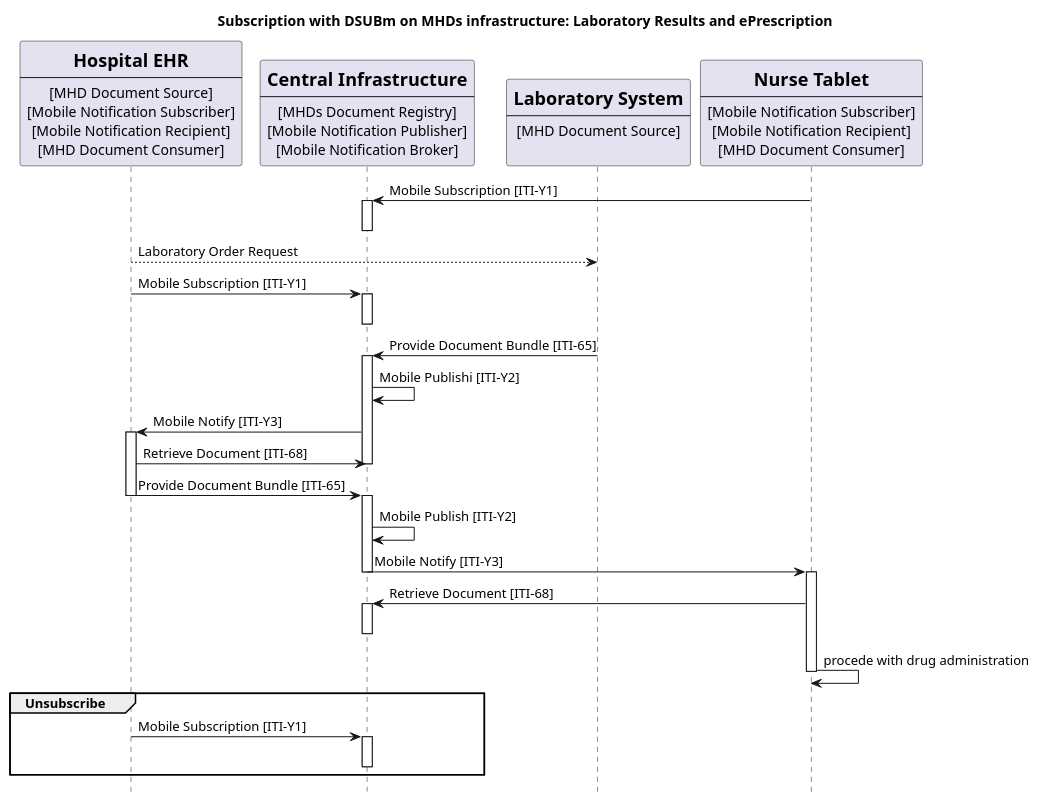
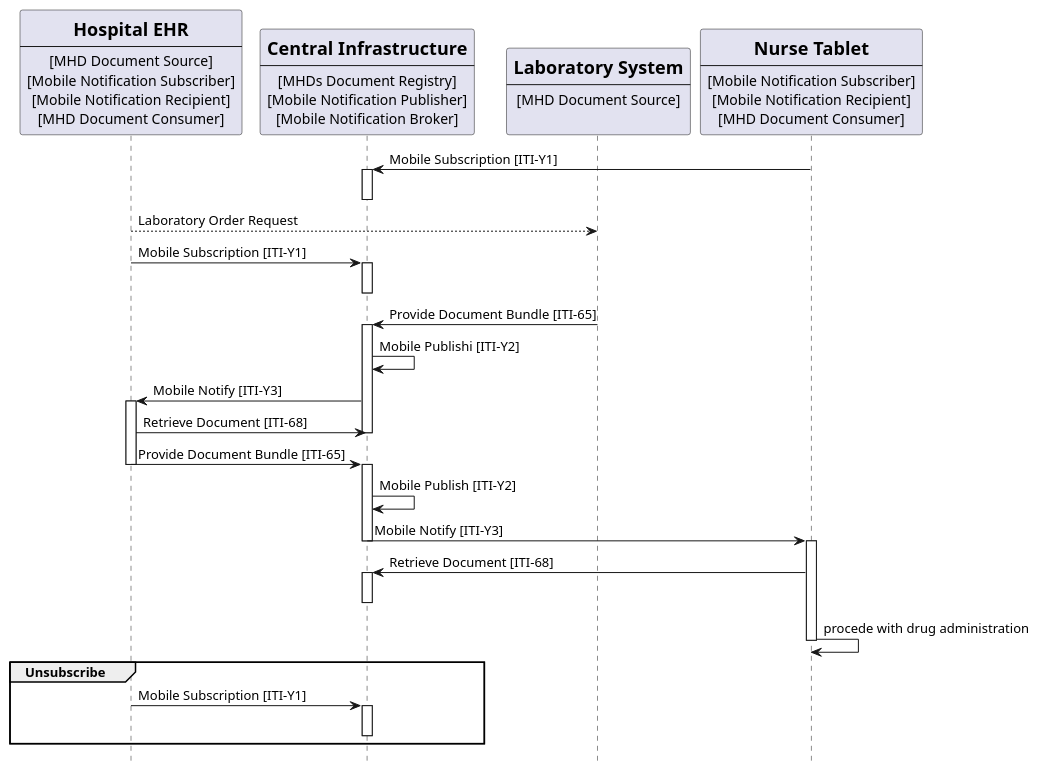
The diagram in input/images-source/usecase1-processflow.plantuml (IHE/ITI.DSUBm), drawn with PlantUML before and after one commit. The commit also changed 6 other files, not shown here.

```diff
--- a/input/images-source/usecase1-processflow.plantuml
+++ b/input/images-source/usecase1-processflow.plantuml
@@ -1,81 +1,81 @@
 @startuml
 skinparam svgDimensionStyle false
 hide footbox
 
-title "Subscription with DSUBm on MHDs infrastructure: Laboratory Results and ePrescription"
+/'title "Subscription with DSUBm on MHDs infrastructure: Laboratory Results and ePrescription"'/
 participant HospitalEHR [
     =Hospital EHR
     ----
     [MHD Document Source]
     [Mobile Notification Subscriber]
     [Mobile Notification Recipient]
     [MHD Document Consumer]
 ] 
 
 participant MHDsDocumentRegistry [
     =Central Infrastructure
     ----
     [MHDs Document Registry]
     [Mobile Notification Publisher]
     [Mobile Notification Broker]
     ] 
 
 
 participant LaboratorySystem [
     =Laboratory System
     ----
     [MHD Document Source]
     
 ] 
 
 participant NurseTablet [
     =Nurse Tablet
     ----
     [Mobile Notification Subscriber]
     [Mobile Notification Recipient]
     [MHD Document Consumer]
 ] 
 
 NurseTablet -> MHDsDocumentRegistry:   Mobile Subscription [ITI-Y1]
 activate MHDsDocumentRegistry
 deactivate MHDsDocumentRegistry
 HospitalEHR --> LaboratorySystem:  Laboratory Order Request
 
 HospitalEHR -> MHDsDocumentRegistry:  Mobile Subscription [ITI-Y1]
 activate MHDsDocumentRegistry
 deactivate MHDsDocumentRegistry
 
 
 
 
 LaboratorySystem -> MHDsDocumentRegistry: Provide Document Bundle [ITI-65]
 activate MHDsDocumentRegistry
 MHDsDocumentRegistry -> MHDsDocumentRegistry : Mobile Publishi [ITI-Y2]
 MHDsDocumentRegistry -> HospitalEHR : Mobile Notify [ITI-Y3]
 activate HospitalEHR
 
 HospitalEHR -> MHDsDocumentRegistry:  Retrieve Document [ITI-68]
 deactivate MHDsDocumentRegistry
 HospitalEHR -> MHDsDocumentRegistry: Provide Document Bundle [ITI-65]
 deactivate HospitalEHR
 
 activate MHDsDocumentRegistry
 MHDsDocumentRegistry -> MHDsDocumentRegistry : Mobile Publish [ITI-Y2]
 MHDsDocumentRegistry -> NurseTablet : Mobile Notify [ITI-Y3]
 deactivate MHDsDocumentRegistry
 activate NurseTablet
 NurseTablet -> MHDsDocumentRegistry: Retrieve Document [ITI-68]
 activate MHDsDocumentRegistry
 deactivate MHDsDocumentRegistry
 NurseTablet -> NurseTablet: procede with drug administration
 deactivate NurseTablet
 
 
 group Unsubscribe
   HospitalEHR ->MHDsDocumentRegistry: Mobile Subscription [ITI-Y1]
   activate MHDsDocumentRegistry
   deactivate MHDsDocumentRegistry
   
 end
 
 @enduml
```
